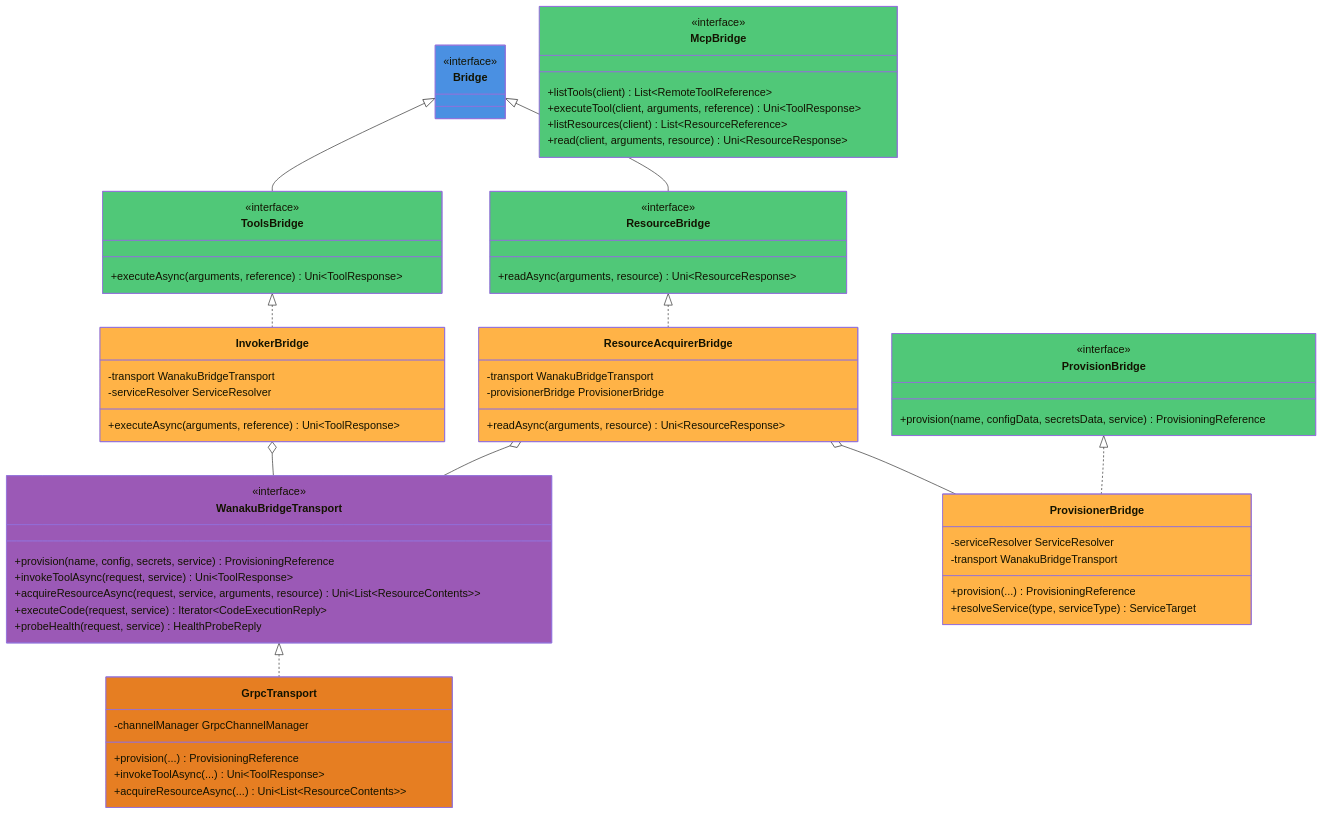
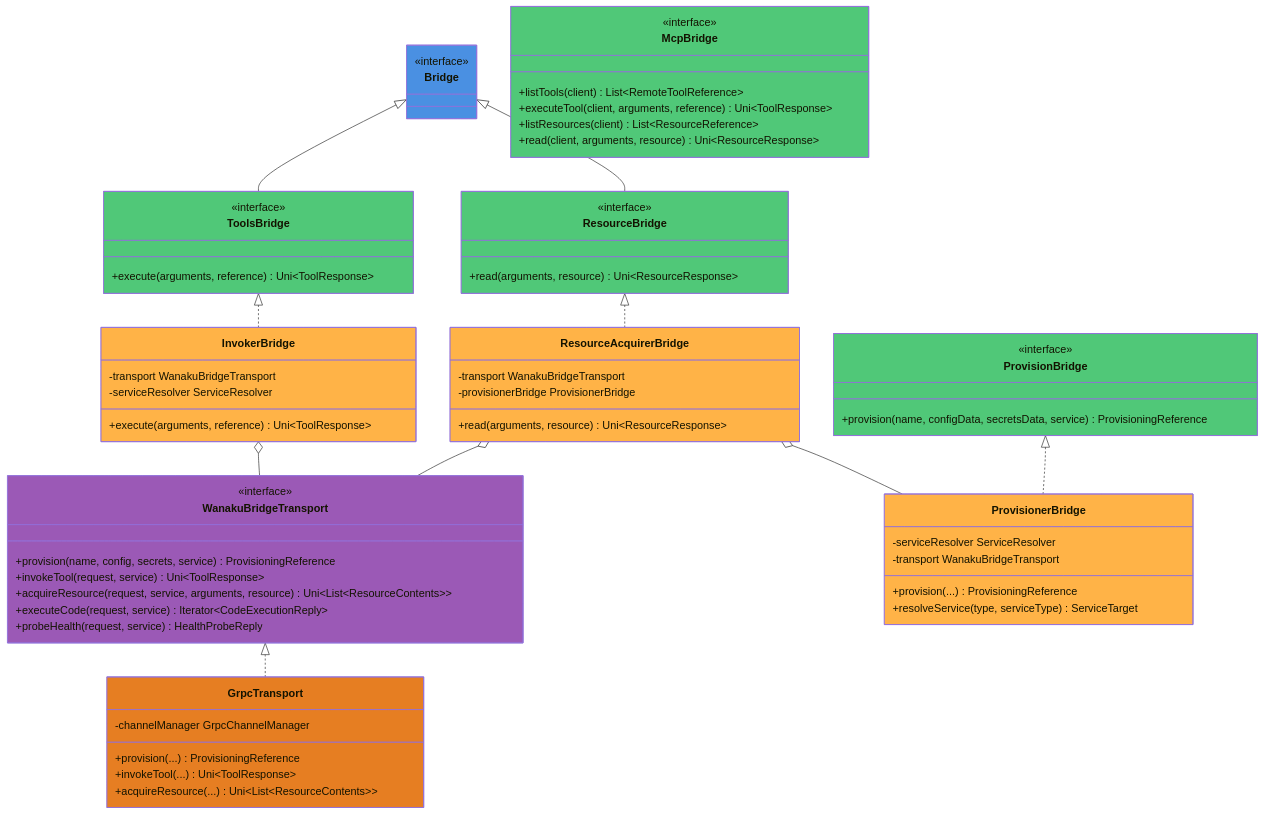
The first of 6 diagrams in docs/wanaku-router-internals.md (wanaku-ai/wanaku), drawn with Mermaid before and after one commit. The commit also changed other lines of this file and 4 other files, not shown here.

```diff
--- a/docs/wanaku-router-internals.md
+++ b/docs/wanaku-router-internals.md
@@ -20,12 +20,12 @@
 
     class ResourceBridge {
         <<interface>>
-        +readAsync(arguments, resource) Uni~ResourceResponse~
+        +read(arguments, resource) Uni~ResourceResponse~
     }
 
     class ToolsBridge {
         <<interface>>
-        +executeAsync(arguments, reference) Uni~ToolResponse~
+        +execute(arguments, reference) Uni~ToolResponse~
     }
 
     class ProvisionBridge {
@@ -44,8 +44,8 @@
     class WanakuBridgeTransport {
         <<interface>>
         +provision(name, config, secrets, service) ProvisioningReference
-        +invokeToolAsync(request, service) Uni~ToolResponse~
-        +acquireResourceAsync(request, service, arguments, resource) Uni~List~ResourceContents~~
+        +invokeTool(request, service) Uni~ToolResponse~
+        +acquireResource(request, service, arguments, resource) Uni~List~ResourceContents~~
         +executeCode(request, service) Iterator~CodeExecutionReply~
         +probeHealth(request, service) HealthProbeReply
     }
@@ -53,13 +53,13 @@
     class ResourceAcquirerBridge {
         -transport WanakuBridgeTransport
         -provisionerBridge ProvisionerBridge
-        +readAsync(arguments, resource) Uni~ResourceResponse~
+        +read(arguments, resource) Uni~ResourceResponse~
     }
 
     class InvokerBridge {
         -transport WanakuBridgeTransport
         -serviceResolver ServiceResolver
-        +executeAsync(arguments, reference) Uni~ToolResponse~
+        +execute(arguments, reference) Uni~ToolResponse~
     }
 
     class ProvisionerBridge {
@@ -72,8 +72,8 @@
     class GrpcTransport {
         -channelManager GrpcChannelManager
         +provision(...) ProvisioningReference
-        +invokeToolAsync(...) Uni~ToolResponse~
-        +acquireResourceAsync(...) Uni~List~ResourceContents~~
+        +invokeTool(...) Uni~ToolResponse~
+        +acquireResource(...) Uni~List~ResourceContents~~
     }
 
     Bridge <|-- ResourceBridge
```
